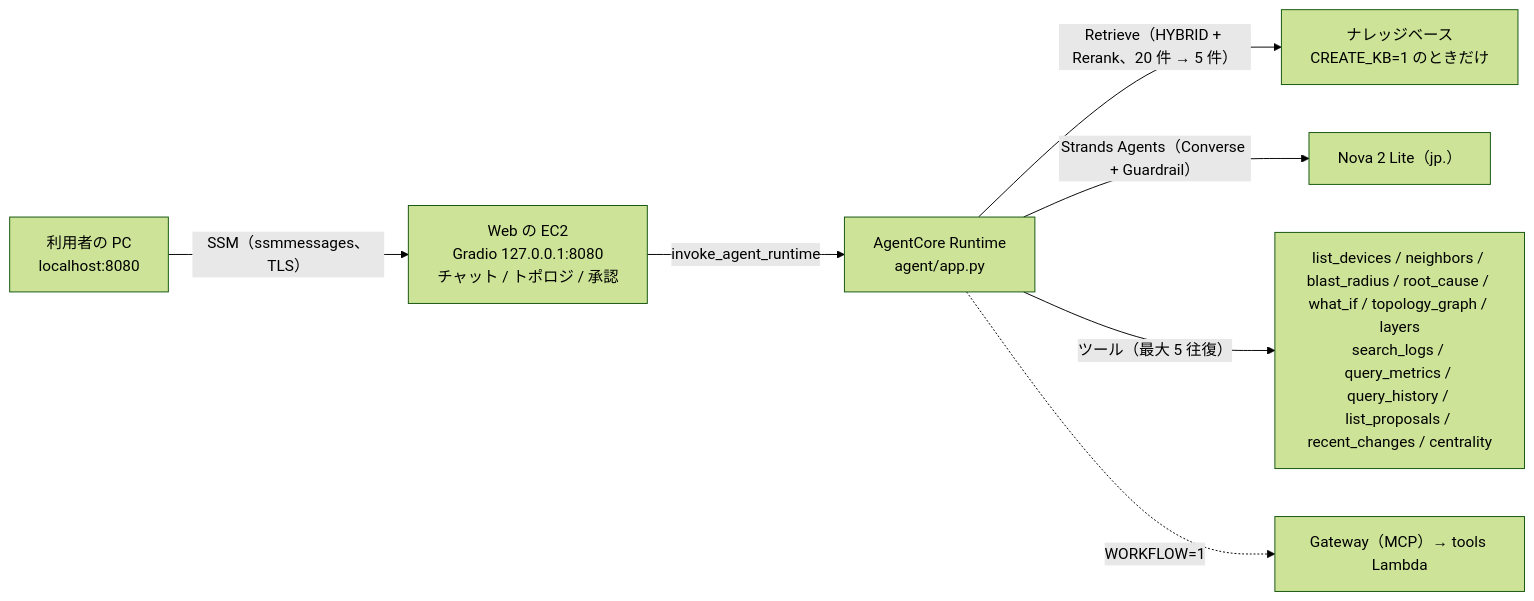
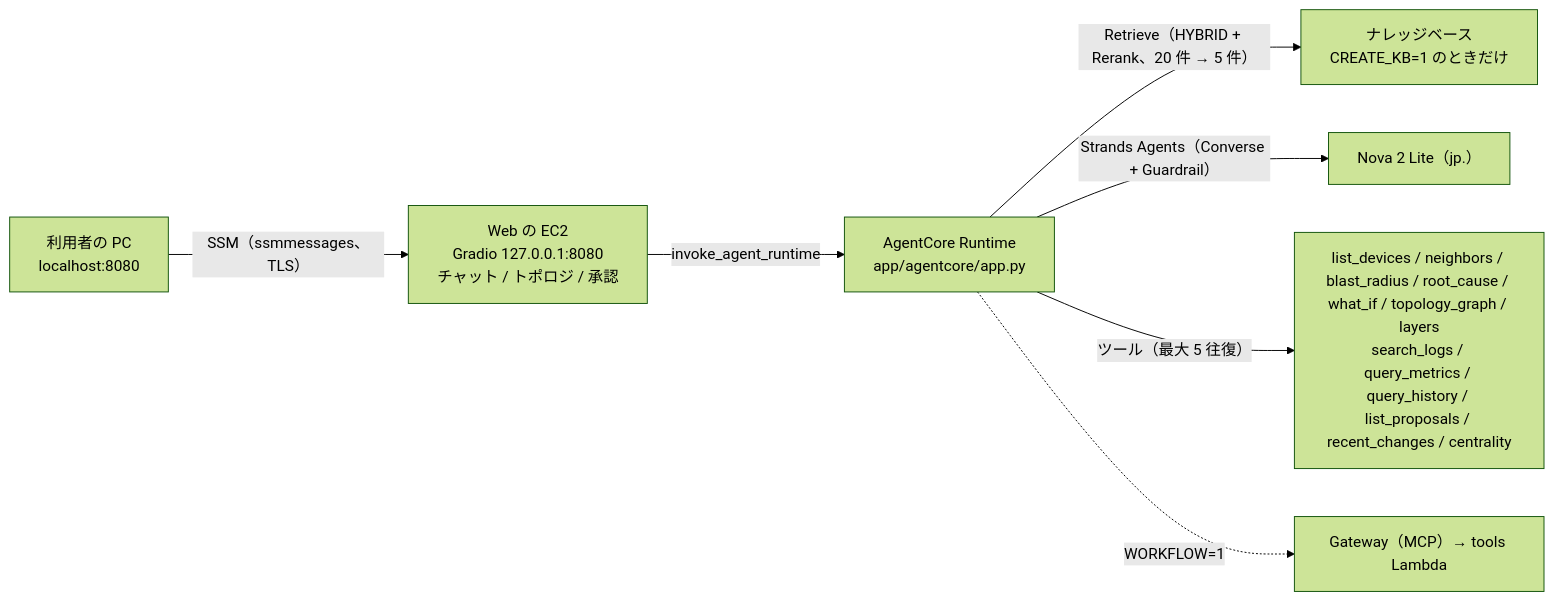
Before and after one commit to eddie-eights/nwc-poc: the diagram in docs/architecture/agent.md, drawn with Mermaid (forest theme). The commit also changed other lines of this file and 242 other files, not shown here.

````diff
--- a/docs/architecture/agent.md
+++ b/docs/architecture/agent.md
@@ -9,9 +9,9 @@
 ```mermaid
 flowchart LR
   PC["利用者の PC<br/>localhost:8080"] -->|"SSM（ssmmessages、TLS）"| WEB["Web の EC2<br/>Gradio 127.0.0.1:8080<br/>チャット / トポロジ / 承認"]
-  WEB -->|"invoke_agent_runtime"| RT["AgentCore Runtime<br/>agent/app.py"]
+  WEB -->|"invoke_agent_runtime"| RT["AgentCore Runtime<br/>app/agentcore/app.py"]
   RT -->|"Retrieve（HYBRID + Rerank、20 件 → 5 件）"| KB["ナレッジベース<br/>CREATE_KB=1 のときだけ"]
   RT -->|"Strands Agents（Converse + Guardrail）"| LLM["Nova 2 Lite（jp.）"]
   RT -->|"ツール（最大 5 往復）"| TOOLS["list_devices / neighbors / blast_radius / root_cause / what_if / topology_graph / layers<br/>search_logs / query_metrics / query_history / list_proposals / recent_changes / centrality"]
   RT -.->|"WORKFLOW=1"| GW["Gateway（MCP）→ tools Lambda"]
 ```
````
